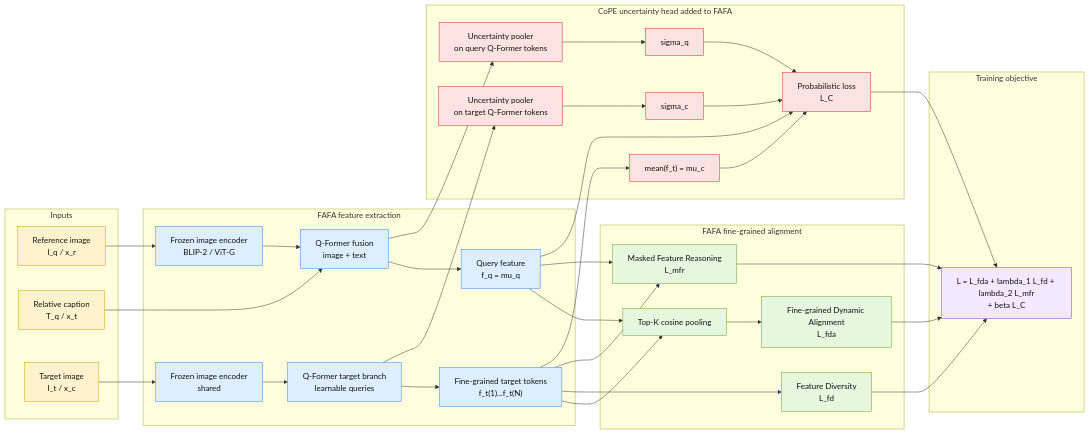
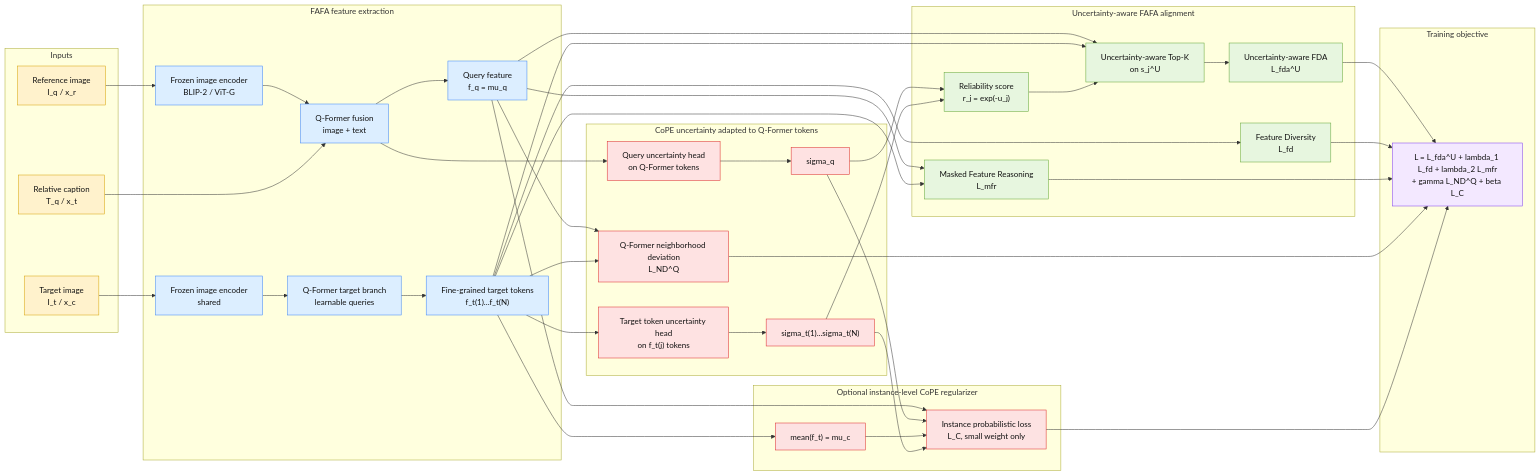
The first of 6 diagrams in FAFA_SynCPR/experiments/research_direction/FAFA_COPE_THREE_DIRECTIONS_VI.md (NLT22/Composed_Person_Retrieval), drawn with Mermaid before and after one commit. The commit also changed other lines of this file and 2 other files, not shown here.

Commit message:
Refine CoPE into FAFA research direction

````diff
--- a/FAFA_SynCPR/experiments/research_direction/FAFA_COPE_THREE_DIRECTIONS_VI.md
+++ b/FAFA_SynCPR/experiments/research_direction/FAFA_COPE_THREE_DIRECTIONS_VI.md
@@ -38,57 +38,71 @@
         Ft["Fine-grained target tokens<br/>f_t(1)...f_t(N)"]
     end
 
-    subgraph ALIGN["FAFA fine-grained alignment"]
-        TOPK["Top-K cosine pooling"]
-        FDA["Fine-grained Dynamic Alignment<br/>L_fda"]
+    subgraph UQ["CoPE uncertainty adapted to Q-Former tokens"]
+        Uq["Query uncertainty head<br/>on Q-Former tokens"]
+        Ut["Target token uncertainty head<br/>on f_t(j) tokens"]
+        Sq["sigma_q"]
+        St["sigma_t(1)...sigma_t(N)"]
+        ND["Q-Former neighborhood deviation<br/>L_ND^Q"]
+    end
+
+    subgraph ALIGN["Uncertainty-aware FAFA alignment"]
+        REL["Reliability score<br/>r_j = exp(-u_j)"]
+        TOPK["Uncertainty-aware Top-K<br/>on s_j^U"]
+        FDA["Uncertainty-aware FDA<br/>L_fda^U"]
         FD["Feature Diversity<br/>L_fd"]
         MFR["Masked Feature Reasoning<br/>L_mfr"]
     end
 
-    subgraph COPE["CoPE uncertainty head added to FAFA"]
-        Uq["Uncertainty pooler<br/>on query Q-Former tokens"]
-        Uc["Uncertainty pooler<br/>on target Q-Former tokens"]
-        Sq["sigma_q"]
-        Sc["sigma_c"]
+    subgraph INST["Optional instance-level CoPE regularizer"]
         Muc["mean(f_t) = mu_c"]
-        LC["Probabilistic loss<br/>L_C"]
+        LC["Instance probabilistic loss<br/>L_C, small weight only"]
     end
 
     subgraph OUT["Training objective"]
-        L1["L = L_fda + lambda_1 L_fd + lambda_2 L_mfr<br/>+ beta L_C"]
+        L1["L = L_fda^U + lambda_1 L_fd + lambda_2 L_mfr<br/>+ gamma L_ND^Q + beta L_C"]
     end
 
     Iq --> V1 --> Q1
     Tq --> Q1 --> Fq
     It --> V2 --> Q2 --> Ft
 
+    Q1 --> Uq --> Sq
+    Ft --> Ut --> St
+    Fq --> ND
+    Ft --> ND
+
+    Sq --> REL
+    St --> REL
     Fq --> TOPK
-    Ft --> TOPK --> FDA
+    Ft --> TOPK
+    REL --> TOPK --> FDA
     Ft --> FD
     Fq --> MFR
     Ft --> MFR
 
-    Q1 --> Uq --> Sq
-    Q2 --> Uc --> Sc
     Ft --> Muc
     Fq --> LC
     Sq --> LC
     Muc --> LC
-    Sc --> LC
+    St --> LC
 
     FDA --> L1
     FD --> L1
     MFR --> L1
+    ND --> L1
     LC --> L1
 
     classDef input fill:#fff2cc,stroke:#d6a100,color:#111;
     classDef fafa fill:#dceeff,stroke:#3b82f6,color:#111;
+    classDef uncertainty fill:#fee2e2,stroke:#dc2626,color:#111;
     classDef align fill:#e7f6df,stroke:#60a533,color:#111;
     classDef cope fill:#fde2e2,stroke:#dc2626,color:#111;
     classDef loss fill:#f3e8ff,stroke:#7c3aed,color:#111;
     class Iq,Tq,It input;
     class V1,V2,Q1,Q2,Fq,Ft fafa;
-    class TOPK,FDA,FD,MFR align;
-    class Uq,Uc,Sq,Sc,Muc,LC cope;
+    class Uq,Ut,Sq,St,ND uncertainty;
+    class REL,TOPK,FDA,FD,MFR align;
+    class Muc,LC cope;
     class L1 loss;
 ```
````
